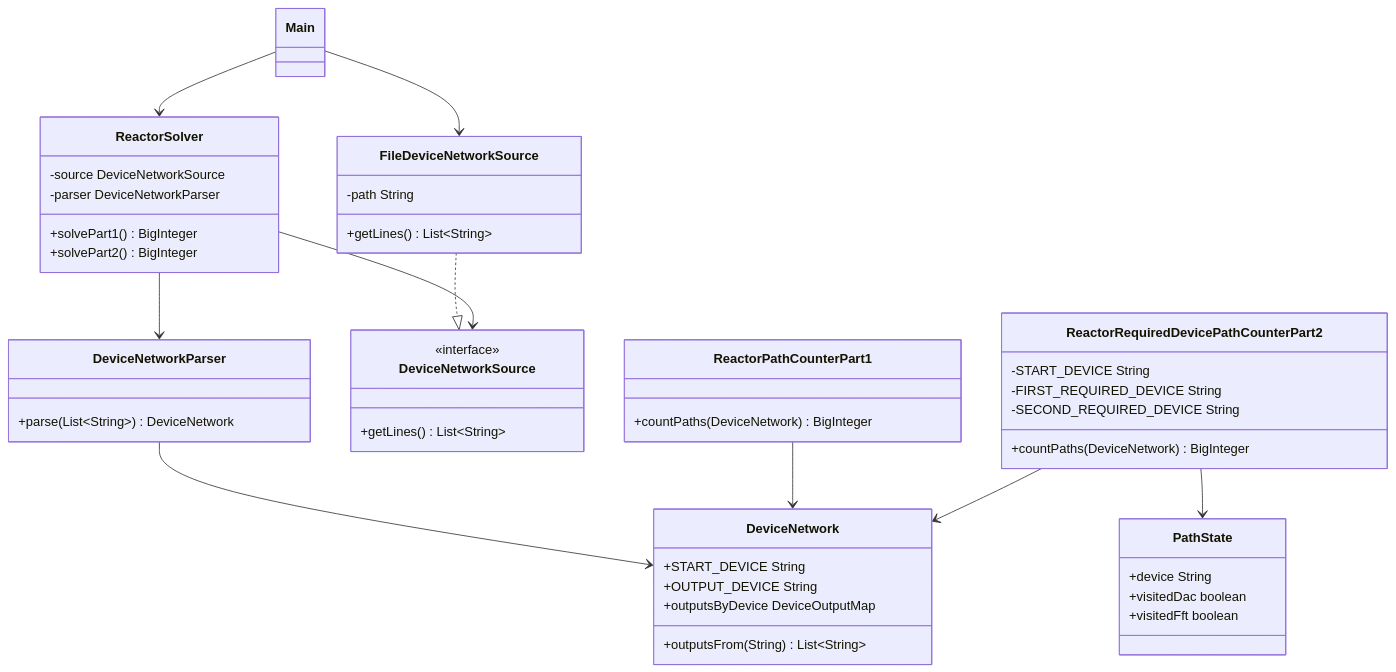
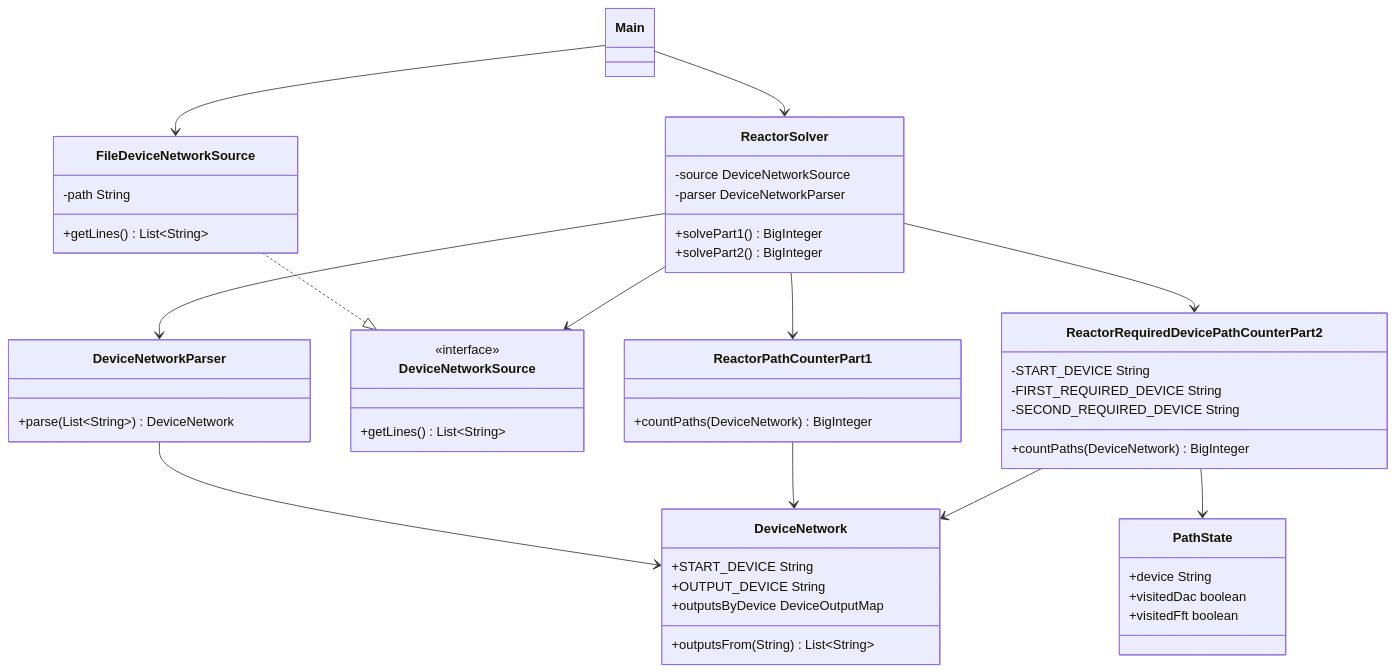
The diagram in dia11/README.md (JavierGlezVel/AoC2025), drawn with Mermaid before and after one commit. The commit also changed 7 other files, not shown here.

````diff
--- a/dia11/README.md
+++ b/dia11/README.md
@@ -254,51 +254,53 @@
 ```mermaid
 classDiagram
     class Main
     class ReactorSolver {
         -source DeviceNetworkSource
         -parser DeviceNetworkParser
         +solvePart1() BigInteger
         +solvePart2() BigInteger
     }
     class DeviceNetworkParser {
         +parse(List~String~) DeviceNetwork
     }
     class DeviceNetworkSource {
         <<interface>>
         +getLines() List~String~
     }
     class FileDeviceNetworkSource {
         -path String
         +getLines() List~String~
     }
     class DeviceNetwork {
         +START_DEVICE String
         +OUTPUT_DEVICE String
         +outputsByDevice DeviceOutputMap
         +outputsFrom(String) List~String~
     }
     class ReactorPathCounterPart1 {
         +countPaths(DeviceNetwork) BigInteger
     }
     class ReactorRequiredDevicePathCounterPart2 {
         -START_DEVICE String
         -FIRST_REQUIRED_DEVICE String
         -SECOND_REQUIRED_DEVICE String
         +countPaths(DeviceNetwork) BigInteger
     }
     class PathState {
         +device String
         +visitedDac boolean
         +visitedFft boolean
     }
 
     Main --> ReactorSolver
     Main --> FileDeviceNetworkSource
     FileDeviceNetworkSource ..|> DeviceNetworkSource
     ReactorSolver --> DeviceNetworkSource
     ReactorSolver --> DeviceNetworkParser
+    ReactorSolver --> ReactorPathCounterPart1
+    ReactorSolver --> ReactorRequiredDevicePathCounterPart2
     DeviceNetworkParser --> DeviceNetwork
     ReactorPathCounterPart1 --> DeviceNetwork
     ReactorRequiredDevicePathCounterPart2 --> DeviceNetwork
     ReactorRequiredDevicePathCounterPart2 --> PathState
 ```
````
